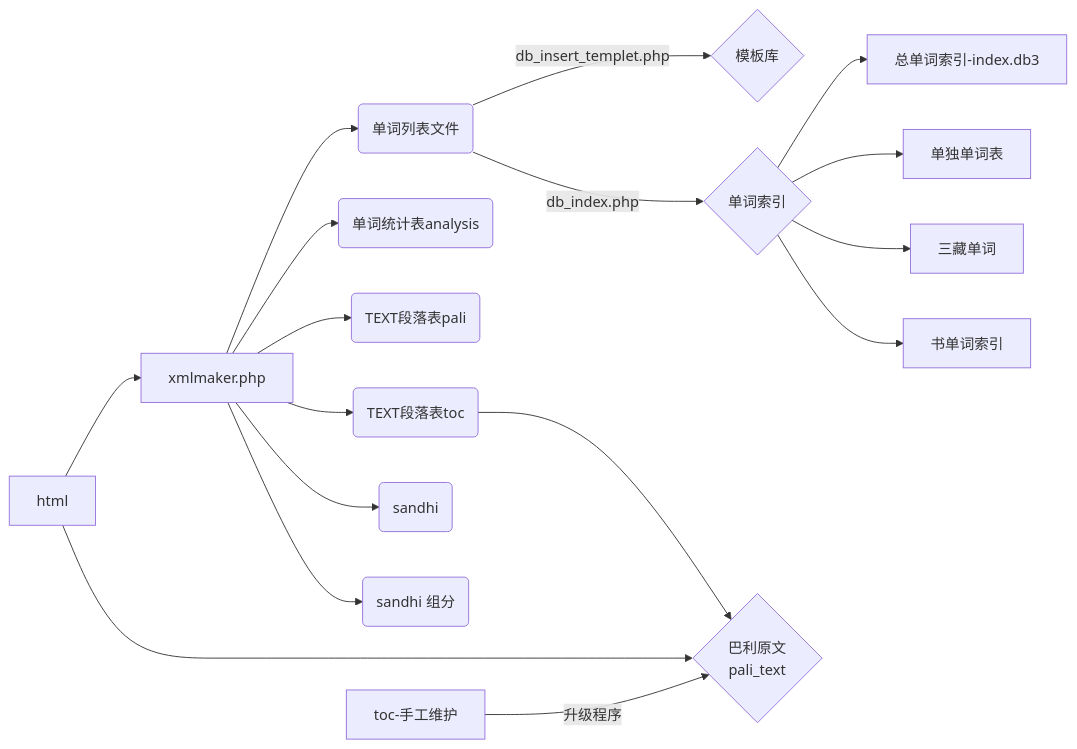
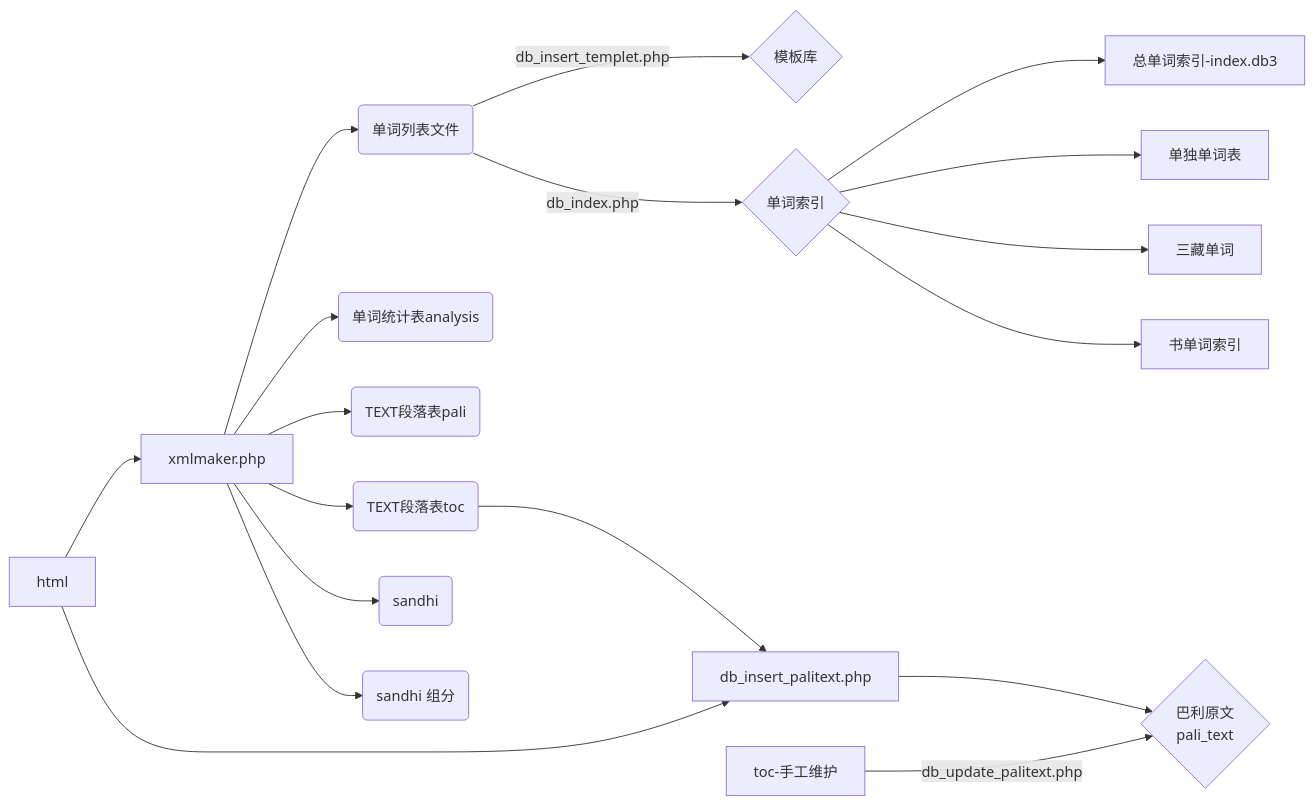
The diagram in app/install/readme.md (iapt-platform/mint), drawn with Mermaid before and after one commit. The commit also changed 1 other file, not shown here.

Commit message:
:bug: 导入原文段落多行， 没有判断是否是<p>

````diff
--- a/app/install/readme.md
+++ b/app/install/readme.md
@@ -5,19 +5,20 @@
 ```mermaid
 graph LR
 html --> A[xmlmaker.php]
   A --> B(单词列表文件)
   A -->C(单词统计表analysis)
   A -->d(TEXT段落表pali)
   A -->e(TEXT段落表toc)
   A -->f(sandhi)
   A -->g(sandhi 组分)
   B -->|db_insert_templet.php| h{模板库}
   B -->|db_index.php| j{单词索引}
-   e --> i
-   html --> i{巴利原文<br>pali_text}
+   e --> db_insert_palitext.php
+   html -->db_insert_palitext.php
+  db_insert_palitext.php --> i{巴利原文<br>pali_text}
   j --> 总单词索引-index.db3
   j --> 单独单词表
   j --> 三藏单词
   j --> 书单词索引
-  toc-手工维护 --> |升级程序|i
+  toc-手工维护 --> |db_update_palitext.php|i
 ```
````
